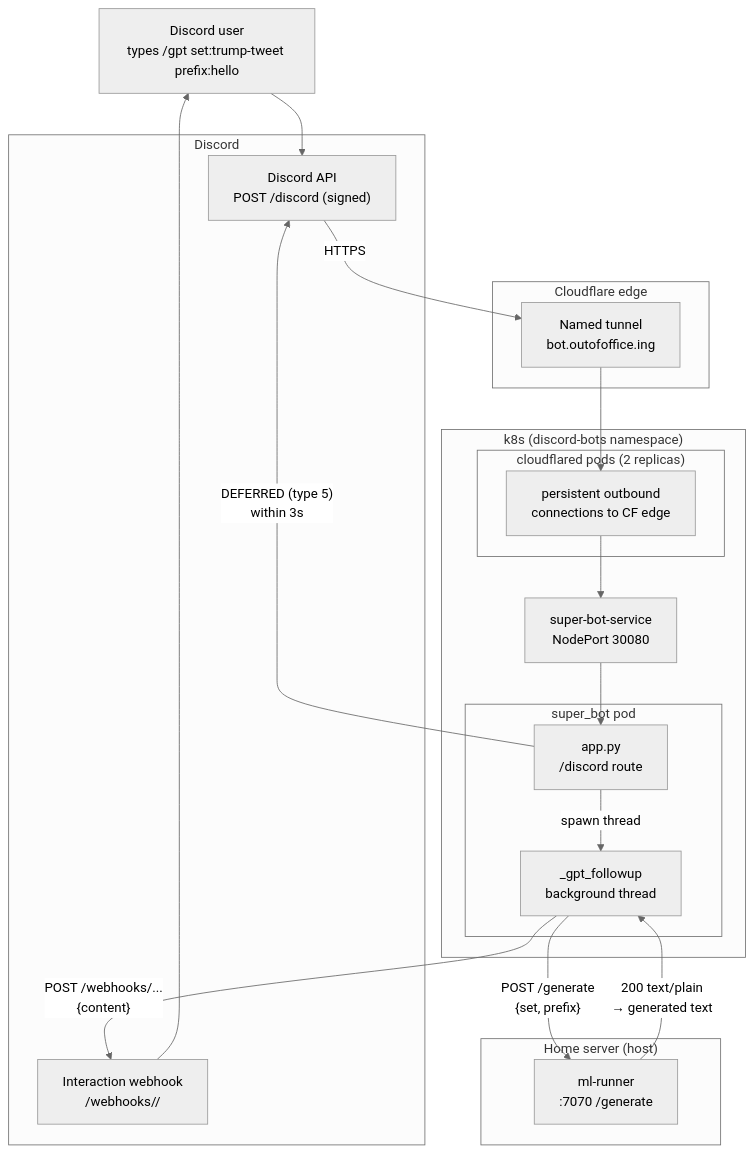
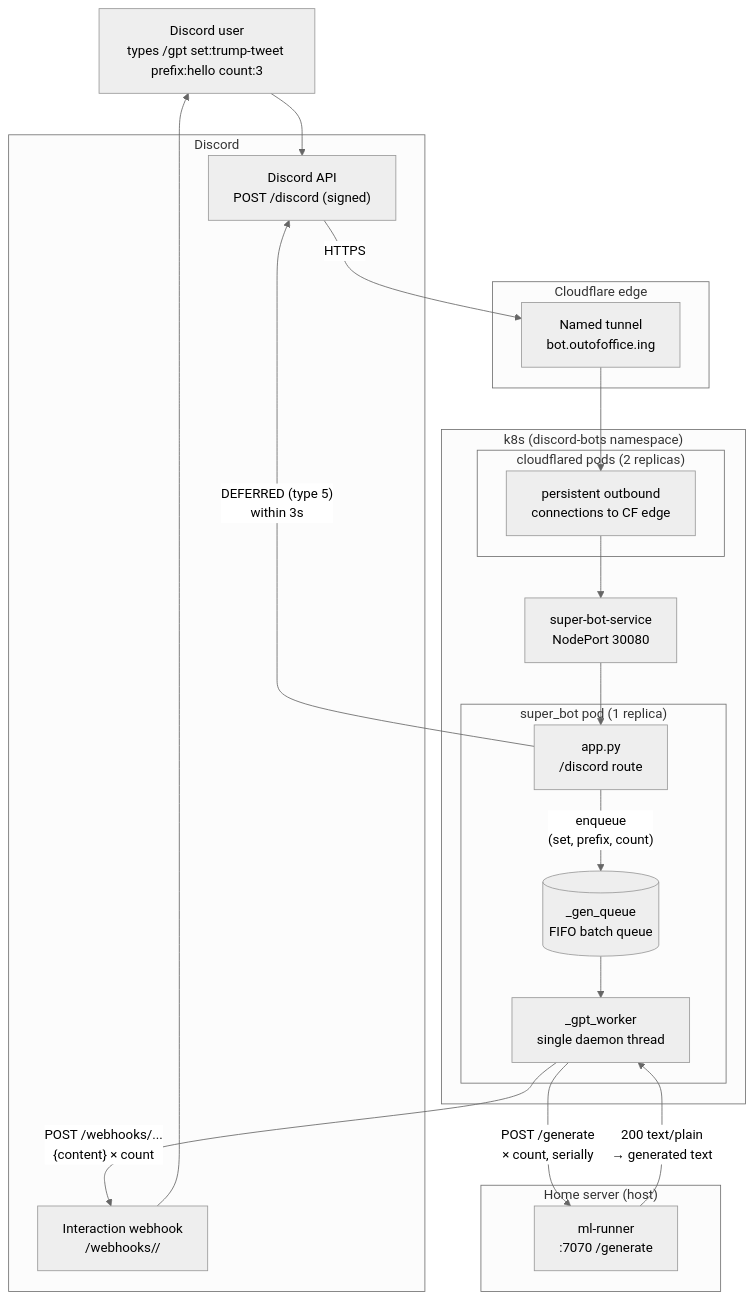
The first of 3 diagrams in README.md (BrodyHarris14/super_bot), drawn with Mermaid (neutral theme) before and after one commit. The commit also changed other lines of this file, not shown here.

````diff
--- a/README.md
+++ b/README.md
@@ -62,40 +63,42 @@
 ```mermaid
 flowchart TB
-    User["Discord user\ntypes /gpt set:trump-tweet prefix:hello"]
+    User["Discord user\ntypes /gpt set:trump-tweet prefix:hello count:3"]
 
     subgraph Discord["Discord"]
         API["Discord API\nPOST /discord (signed)"]
         Webhook["Interaction webhook\n/webhooks/<app>/<token>"]
     end
 
     subgraph CF["Cloudflare edge"]
         Tunnel["Named tunnel\nbot.outofoffice.ing"]
     end
 
     subgraph K8s["k8s (discord-bots namespace)"]
         subgraph CFd["cloudflared pods (2 replicas)"]
             Conn["persistent outbound\nconnections to CF edge"]
         end
         Svc["super-bot-service\nNodePort 30080"]
-        subgraph SB["super_bot pod"]
+        subgraph SB["super_bot pod (1 replica)"]
             App["app.py\n/discord route"]
-            Fwd["_gpt_followup\nbackground thread"]
+            Q[("_gen_queue\nFIFO batch queue")]
+            Worker["_gpt_worker\nsingle daemon thread"]
         end
     end
 
     subgraph Host["Home server (host)"]
         ML["ml-runner\n:7070 /generate"]
     end
 
     User --> API
     API -->|"HTTPS"| Tunnel
     Tunnel --> Conn
     Conn --> Svc
     Svc --> App
     App -->|"DEFERRED (type 5)\nwithin 3s"| API
-    App -->|"spawn thread"| Fwd
-    Fwd -->|"POST /generate\n{set, prefix}"| ML
-    ML -->|"200 text/plain\n→ generated text"| Fwd
-    Fwd -->|"POST /webhooks/...\n{content}"| Webhook
+    App -->|"enqueue\n(set, prefix, count)"| Q
+    Q --> Worker
+    Worker -->|"POST /generate\n× count, serially"| ML
+    ML -->|"200 text/plain\n→ generated text"| Worker
+    Worker -->|"POST /webhooks/...\n{content} × count"| Webhook
     Webhook --> User
 ```
````
